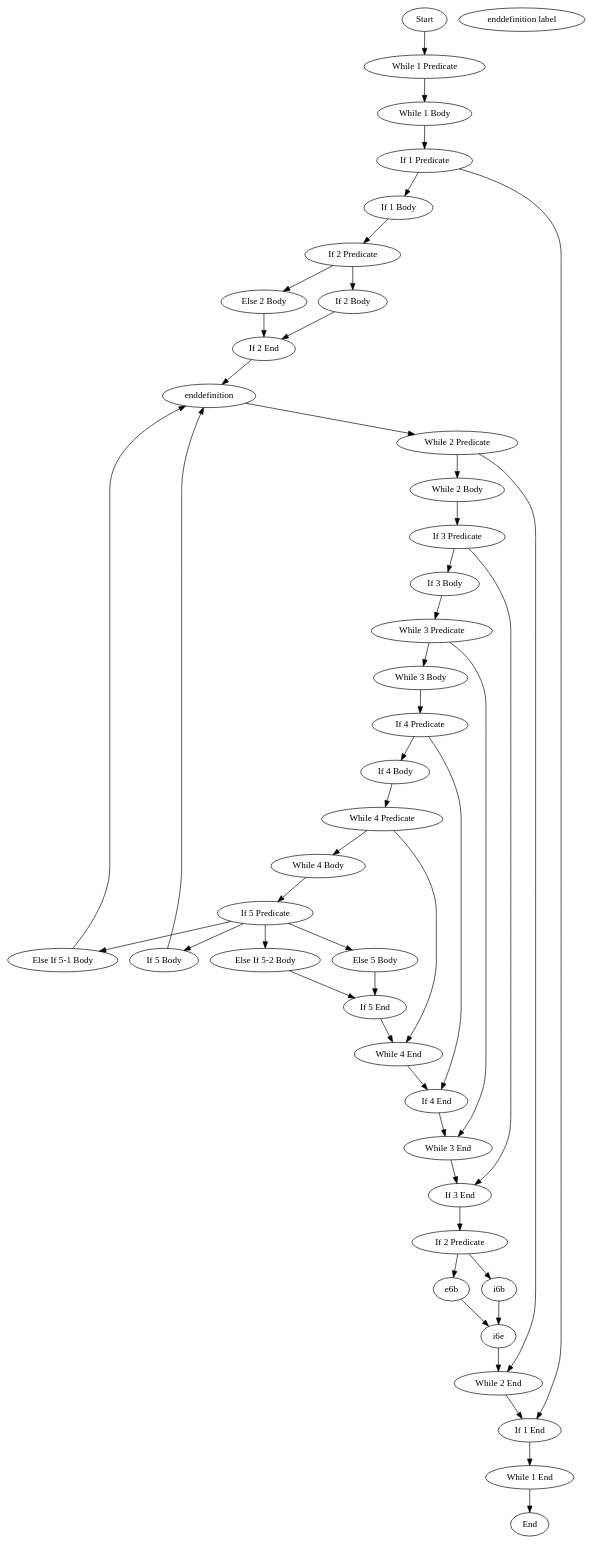
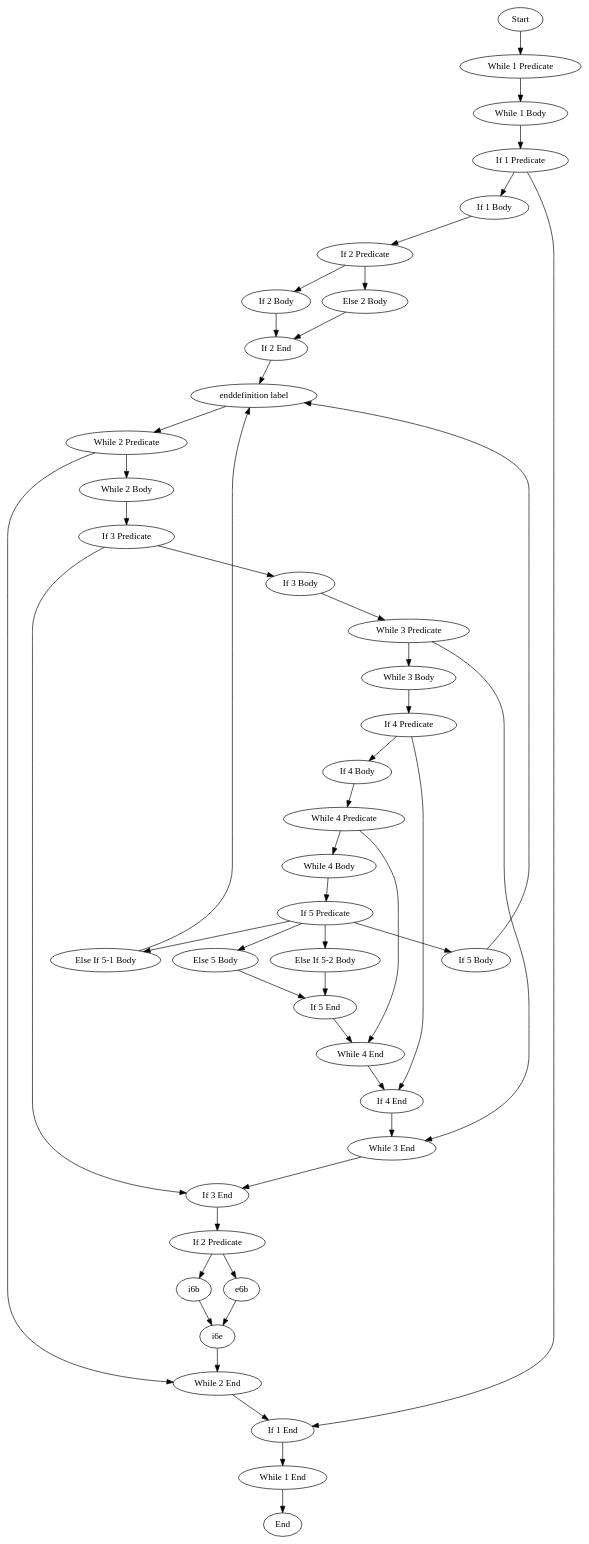
One commit to seanfisk/cpg-islands changed the diagram in papers/takai-jones-control-flow/takai-jones-perl.dot. Above: the diagram before and after it, drawn with Graphviz.

Commit message:
Whoops, fixup dot diagram.

```diff
--- a/papers/takai-jones-control-flow/takai-jones-perl.dot
+++ b/papers/takai-jones-control-flow/takai-jones-perl.dot
@@ -1,102 +1,105 @@
+// This is a control flow graph of the Takai-Jones script taking
+// `last' commands (basically gotos) into account. It is the official
+// version produced by us.
 digraph CpGTakaiJones {
         // node [style=filled,fillcolor=lightgray];
         start [label="Start"];
 
         w1p [label="While 1 Predicate"];
         w1b [label="While 1 Body"];
         w1e [label="While 1 End"];
 
         w2p [label="While 2 Predicate"];
         w2b [label="While 2 Body"];
         w2e [label="While 2 End"];
 
         w3p [label="While 3 Predicate"];
         w3b [label="While 3 Body"];
         w3e [label="While 3 End"];
 
         w4p [label="While 4 Predicate"];
         w4b [label="While 4 Body"];
         w4e [label="While 4 End"];
 
         i1p [label="If 1 Predicate"];
         i1b [label="If 1 Body"];
         i1e [label="If 1 End"];
 
         i2p [label="If 2 Predicate"];
         i2b [label="If 2 Body"];
         e2b [label="Else 2 Body"];
         i2e [label="If 2 End"];
 
-        endefinition [label="enddefinition label"];
+        enddefinition [label="enddefinition label"];
 
         i3p [label="If 3 Predicate"];
         i3b [label="If 3 Body"];
         i3e [label="If 3 End"];
 
         i4p [label="If 4 Predicate"];
         i4b [label="If 4 Body"];
         i4e [label="If 4 End"];
 
         i5p [label="If 5 Predicate"];
         i5b [label="If 5 Body"];
         ei5_1b [label="Else If 5-1 Body"];
         ei5_2b [label="Else If 5-2 Body"];
         e5b [label="Else 5 Body"];
         i5e [label="If 5 End"];
 
         i6p [label="If 2 Predicate"];
         i2b [label="If 2 Body"];
         e2b [label="Else 2 Body"];
         i2e [label="If 2 End"];
 
         end [label="End"];
 
         start -> w1p;
         w1p -> w1b;
         w1b -> i1p
         i1p -> i1b
         i1p -> i1e
         i1b -> i2p
         i2p -> i2b
         i2p -> e2b
         i2b -> i2e
         e2b -> i2e
         i2e -> enddefinition
         enddefinition -> w2p
         w2p -> w2b
         w2p -> w2e
         w2b -> i3p
         i3p -> i3b
         i3p -> i3e
         i3b -> w3p
         w3p -> w3b
         w3p -> w3e
         w3b -> i4p
         i4p -> i4b
         i4p -> i4e
         i4b -> w4p
         w4p -> w4b
         w4p -> w4e
         w4b -> i5p
         i5p -> i5b
         i5p -> ei5_1b
         i5p -> ei5_2b
         i5p -> e5b
         i5b  -> enddefinition
         ei5_1b -> enddefinition
         ei5_2b -> i5e
         e5b -> i5e
         i5e -> w4e
         w4e -> i4e
         i4e -> w3e
         w3e -> i3e
         i3e -> i6p
         i6p -> i6b
         i6p -> e6b
         i6b -> i6e
         e6b -> i6e
         i6e -> w2e
         w2e -> i1e
         i1e -> w1e
         w1e -> end
 }
```
